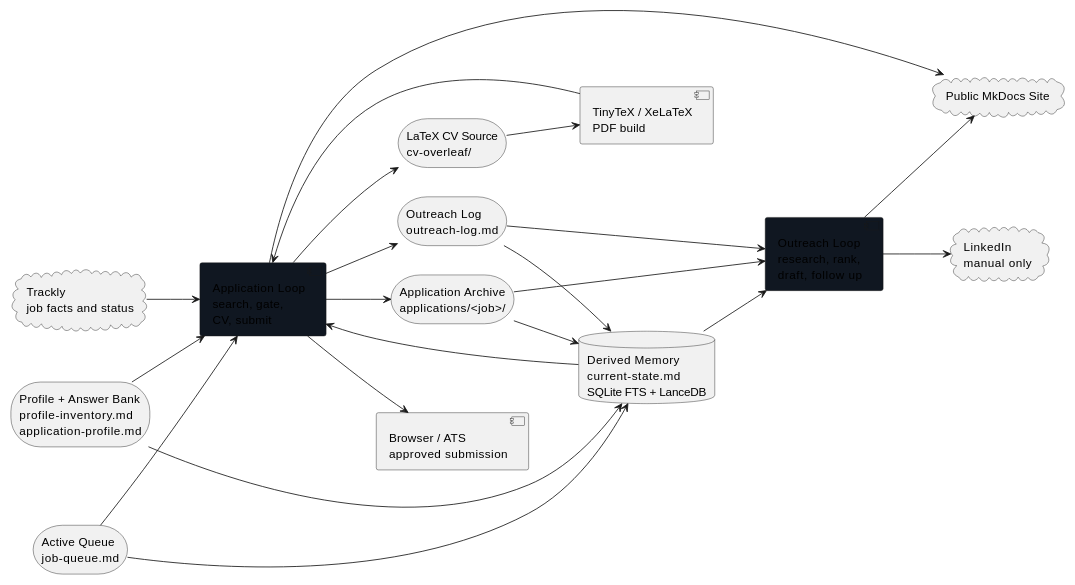
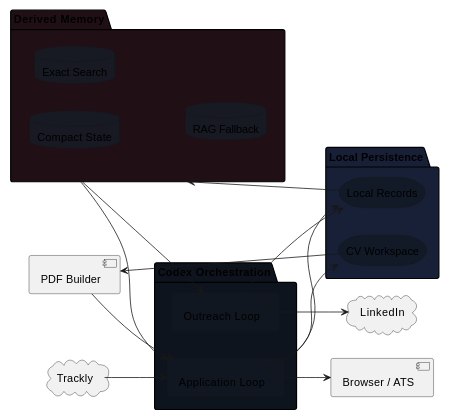
Before and after one commit to ddm18/codex-managed-application-workflow: the diagram in docs/architecture.md, drawn with PlantUML. The commit also changed other lines of this file, not shown here.

Commit message:
Simplify architecture component diagram

````diff
--- a/docs/architecture.md
+++ b/docs/architecture.md
@@ -10,45 +9,41 @@
 ```plantuml
 @startuml
 left to right direction
-scale 0.84
+scale 0.78
 
-component "Application Loop\nsearch, gate,\nCV, submit" as APP #101721
-component "Outreach Loop\nresearch, rank,\ndraft, follow up" as OUTLOOP #101721
+package "Codex Orchestration" as CODEX #0E141D {
+  component "Application Loop" as APP #101721
+  component "Outreach Loop" as OUTLOOP #101721
+}
 
-cloud "Trackly\njob facts and status" as TRACKLY
-storage "Active Queue\njob-queue.md" as QUEUE
-storage "Profile + Answer Bank\nprofile-inventory.md\napplication-profile.md" as PROFILE
-storage "Application Archive\napplications/<job>/" as ARCHIVE
-storage "Outreach Log\noutreach-log.md" as OUTLOG
-storage "LaTeX CV Source\ncv-overleaf/" as CV
-database "Derived Memory\ncurrent-state.md\nSQLite FTS + LanceDB" as MEMORY
-component "TinyTeX / XeLaTeX\nPDF build" as TEX
-component "Browser / ATS\napproved submission" as BROWSER
-cloud "LinkedIn\nmanual only" as LINKEDIN
-cloud "Public MkDocs Site" as DOCS
+package "Local Persistence" as LOCAL #172036 {
+  storage "Local Records" as RECORDS #111A26
+  storage "CV Workspace" as CV #111A26
+}
+
+package "Derived Memory" as MEMORY_LAYER #201016 {
+  database "Compact State" as STATE #171923
+  database "Exact Search" as EXACT #171923
+  database "RAG Fallback" as RAG #171923
+}
+
+cloud "Trackly" as TRACKLY
+component "Browser / ATS" as BROWSER
+component "PDF Builder" as TEX
+cloud "LinkedIn" as LINKEDIN
 
 TRACKLY --> APP
-QUEUE --> APP
-PROFILE --> APP
-APP --> ARCHIVE
+APP --> RECORDS
 APP --> CV
 CV --> TEX
 TEX --> APP
 APP --> BROWSER
-APP --> OUTLOG
 
-OUTLOG --> OUTLOOP
-ARCHIVE --> OUTLOOP
+RECORDS --> MEMORY_LAYER
+MEMORY_LAYER --> APP
+
+OUTLOOP --> RECORDS
+MEMORY_LAYER --> OUTLOOP
 OUTLOOP --> LINKEDIN
-
-QUEUE --> MEMORY
-PROFILE --> MEMORY
-ARCHIVE --> MEMORY
-OUTLOG --> MEMORY
-MEMORY --> APP
-MEMORY --> OUTLOOP
-
-APP --> DOCS
-OUTLOOP --> DOCS
 @enduml
 ```
````
